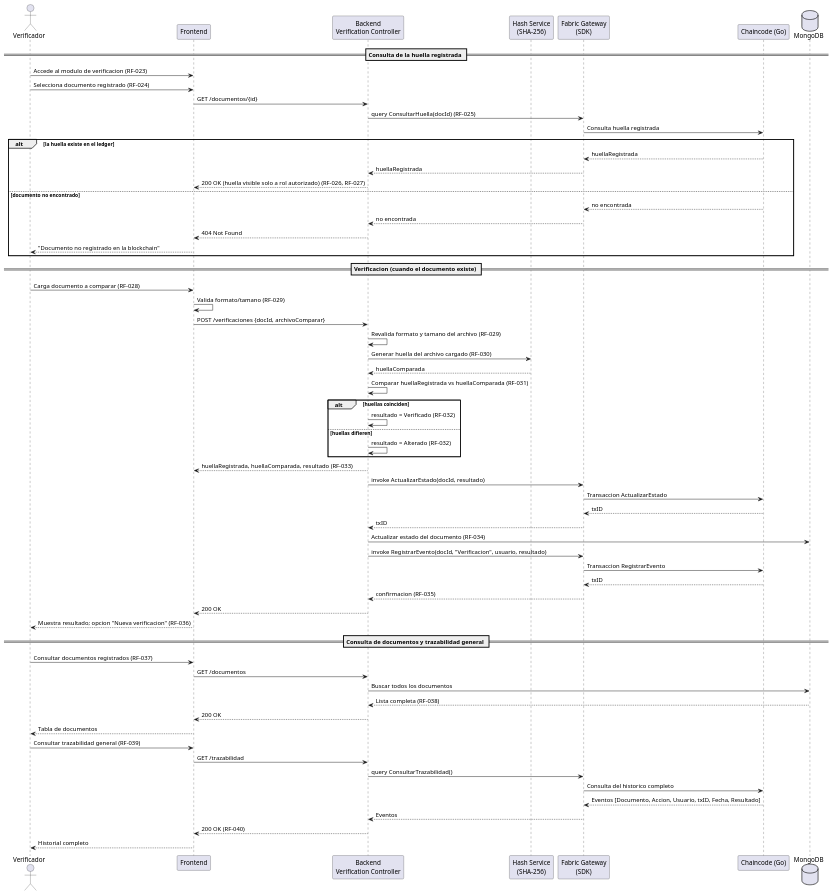
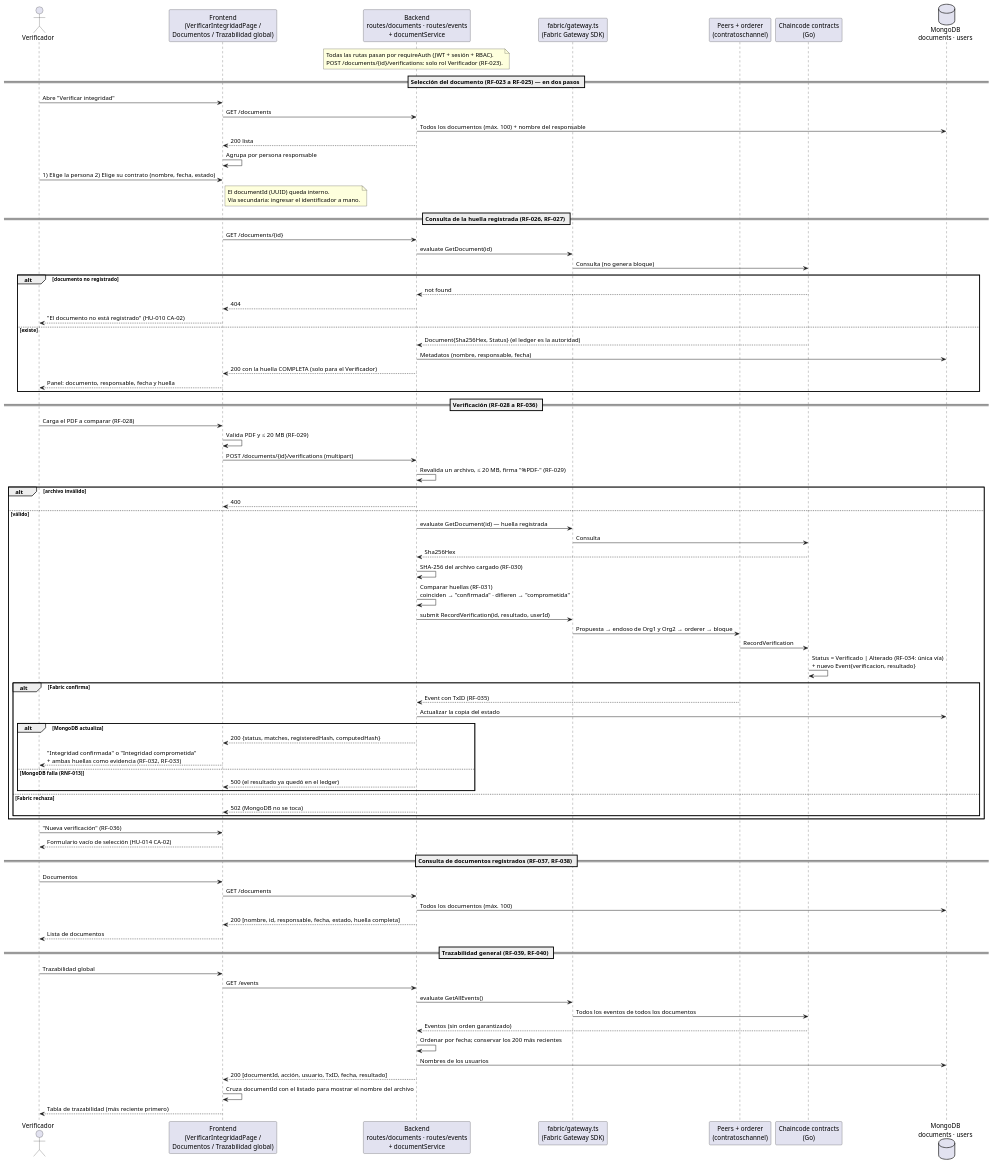
Before and after one commit to swummen/Blockchain_Contratos: the diagram in docs/uml/06-secuencia-rol-verificador.puml, drawn with PlantUML. The commit also changed 9 other files, not shown here.

Commit message:
uml corregido

```diff
--- a/docs/uml/06-secuencia-rol-verificador.puml
+++ b/docs/uml/06-secuencia-rol-verificador.puml
@@ -1,72 +1,93 @@
 @startuml 06-secuencia-rol-verificador
 actor Verificador
-participant "Frontend" as FE
-participant "Backend\nVerification Controller" as BE
-participant "Hash Service\n(SHA-256)" as Hash
-participant "Fabric Gateway\n(SDK)" as SDK
-participant "Chaincode (Go)" as CC
-database "MongoDB" as DB
+participant "Frontend\n(VerificarIntegridadPage /\nDocumentos / Trazabilidad global)" as FE
+participant "Backend\nroutes/documents · routes/events\n+ documentService" as BE
+participant "fabric/gateway.ts\n(Fabric Gateway SDK)" as GW
+participant "Peers + orderer\n(contratoschannel)" as Net
+participant "Chaincode contracts\n(Go)" as CC
+database "MongoDB\ndocuments · users" as DB
 
-== Consulta de la huella registrada ==
-Verificador -> FE : Accede al modulo de verificacion (RF-023)
-Verificador -> FE : Selecciona documento registrado (RF-024)
-FE -> BE : GET /documentos/{id}
-BE -> SDK : query ConsultarHuella(docId) (RF-025)
-SDK -> CC : Consulta huella registrada
+note over BE
+  Todas las rutas pasan por requireAuth (JWT + sesión + RBAC).
+  POST /documents/{id}/verifications: solo rol Verificador (RF-023).
+end note
 
-alt la huella existe en el ledger
-    CC --> SDK : huellaRegistrada
-    SDK --> BE : huellaRegistrada
-    BE --> FE : 200 OK (huella visible solo a rol autorizado) (RF-026, RF-027)
-else documento no encontrado
-    CC --> SDK : no encontrada
-    SDK --> BE : no encontrada
-    BE --> FE : 404 Not Found
-    FE --> Verificador : "Documento no registrado en la blockchain"
+== Selección del documento (RF-023 a RF-025) — en dos pasos ==
+Verificador -> FE : Abre "Verificar integridad"
+FE -> BE : GET /documents
+BE -> DB : Todos los documentos (máx. 100) + nombre del responsable
+BE --> FE : 200 lista
+FE -> FE : Agrupa por persona responsable
+Verificador -> FE : 1) Elige la persona  2) Elige su contrato (nombre, fecha, estado)
+note right of FE
+  El documentId (UUID) queda interno.
+  Vía secundaria: ingresar el identificador a mano.
+end note
+
+== Consulta de la huella registrada (RF-026, RF-027) ==
+FE -> BE : GET /documents/{id}
+BE -> GW : evaluate GetDocument(id)
+GW -> CC : Consulta (no genera bloque)
+alt documento no registrado
+    CC --> BE : not found
+    BE --> FE : 404
+    FE --> Verificador : "El documento no está registrado" (HU-010 CA-02)
+else existe
+    CC --> BE : Document{Sha256Hex, Status} (el ledger es la autoridad)
+    BE -> DB : Metadatos (nombre, responsable, fecha)
+    BE --> FE : 200 con la huella COMPLETA (solo para el Verificador)
+    FE --> Verificador : Panel: documento, responsable, fecha y huella
 end
 
-== Verificacion (cuando el documento existe) ==
-Verificador -> FE : Carga documento a comparar (RF-028)
-FE -> FE : Valida formato/tamano (RF-029)
-FE -> BE : POST /verificaciones {docId, archivoComparar}
-BE -> BE : Revalida formato y tamano del archivo (RF-029)
-BE -> Hash : Generar huella del archivo cargado (RF-030)
-Hash --> BE : huellaComparada
-BE -> BE : Comparar huellaRegistrada vs huellaComparada (RF-031)
+== Verificación (RF-028 a RF-036) ==
+Verificador -> FE : Carga el PDF a comparar (RF-028)
+FE -> FE : Valida PDF y ≤ 20 MB (RF-029)
+FE -> BE : POST /documents/{id}/verifications (multipart)
+BE -> BE : Revalida un archivo, ≤ 20 MB, firma "%PDF-" (RF-029)
+alt archivo inválido
+    BE --> FE : 400
+else válido
+    BE -> GW : evaluate GetDocument(id) — huella registrada
+    GW -> CC : Consulta
+    CC --> BE : Sha256Hex
+    BE -> BE : SHA-256 del archivo cargado (RF-030)
+    BE -> BE : Comparar huellas (RF-031)\ncoinciden → "confirmada" · difieren → "comprometida"
+    BE -> GW : submit RecordVerification(id, resultado, userId)
+    GW -> Net : Propuesta → endoso de Org1 y Org2 → orderer → bloque
+    Net -> CC : RecordVerification
+    CC -> CC : Status = Verificado | Alterado (RF-034: única vía)\n+ nuevo Event{verificacion, resultado}
+    alt Fabric confirma
+        Net --> BE : Event con TxID (RF-035)
+        BE -> DB : Actualizar la copia del estado
+        alt MongoDB actualiza
+            BE --> FE : 200 {status, matches, registeredHash, computedHash}
+            FE --> Verificador : "Integridad confirmada" o "Integridad comprometida"\n+ ambas huellas como evidencia (RF-032, RF-033)
+        else MongoDB falla (RNF-013)
+            BE --> FE : 500 (el resultado ya quedó en el ledger)
+        end
+    else Fabric rechaza
+        BE --> FE : 502 (MongoDB no se toca)
+    end
+end
+Verificador -> FE : "Nueva verificación" (RF-036)
+FE --> Verificador : Formulario vacío de selección (HU-014 CA-02)
 
-alt huellas coinciden
-    BE -> BE : resultado = Verificado (RF-032)
-else huellas difieren
-    BE -> BE : resultado = Alterado (RF-032)
-end
+== Consulta de documentos registrados (RF-037, RF-038) ==
+Verificador -> FE : Documentos
+FE -> BE : GET /documents
+BE -> DB : Todos los documentos (máx. 100)
+BE --> FE : 200 [nombre, id, responsable, fecha, estado, huella completa]
+FE --> Verificador : Lista de documentos
 
-BE --> FE : huellaRegistrada, huellaComparada, resultado (RF-033)
-BE -> SDK : invoke ActualizarEstado(docId, resultado)
-SDK -> CC : Transaccion ActualizarEstado
-CC --> SDK : txID
-SDK --> BE : txID
-BE -> DB : Actualizar estado del documento (RF-034)
-BE -> SDK : invoke RegistrarEvento(docId, "Verificacion", usuario, resultado)
-SDK -> CC : Transaccion RegistrarEvento
-CC --> SDK : txID
-SDK --> BE : confirmacion (RF-035)
-BE --> FE : 200 OK
-FE --> Verificador : Muestra resultado; opcion "Nueva verificacion" (RF-036)
-
-== Consulta de documentos y trazabilidad general ==
-Verificador -> FE : Consultar documentos registrados (RF-037)
-FE -> BE : GET /documentos
-BE -> DB : Buscar todos los documentos
-DB --> BE : Lista completa (RF-038)
-BE --> FE : 200 OK
-FE --> Verificador : Tabla de documentos
-
-Verificador -> FE : Consultar trazabilidad general (RF-039)
-FE -> BE : GET /trazabilidad
-BE -> SDK : query ConsultarTrazabilidad()
-SDK -> CC : Consulta del historico completo
-CC --> SDK : Eventos [Documento, Accion, Usuario, txID, Fecha, Resultado]
-SDK --> BE : Eventos
-BE --> FE : 200 OK (RF-040)
-FE --> Verificador : Historial completo
+== Trazabilidad general (RF-039, RF-040) ==
+Verificador -> FE : Trazabilidad global
+FE -> BE : GET /events
+BE -> GW : evaluate GetAllEvents()
+GW -> CC : Todos los eventos de todos los documentos
+CC --> BE : Eventos (sin orden garantizado)
+BE -> BE : Ordenar por fecha; conservar los 200 más recientes
+BE -> DB : Nombres de los usuarios
+BE --> FE : 200 [documentId, acción, usuario, TxID, fecha, resultado]
+FE -> FE : Cruza documentId con el listado para mostrar el nombre del archivo
+FE --> Verificador : Tabla de trazabilidad (más reciente primero)
 @enduml
```
